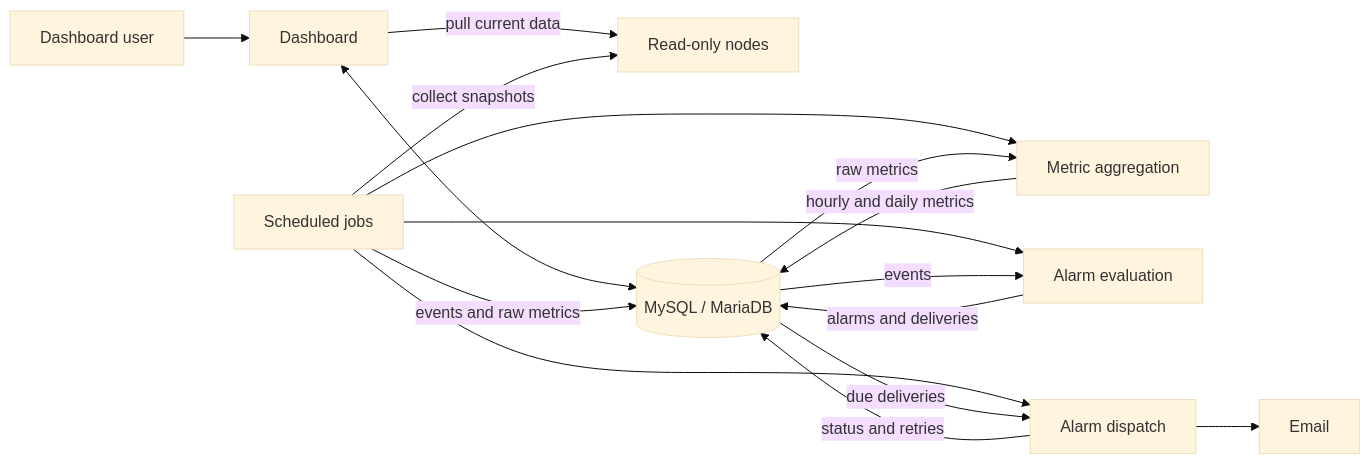
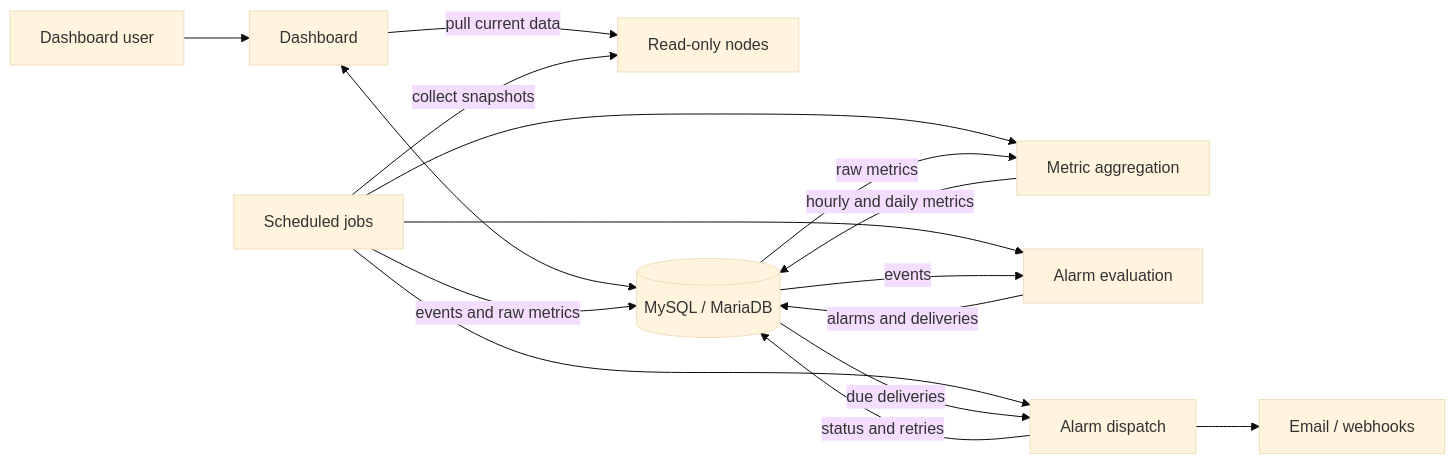
The diagram in README.md (mata-sh/mata-dashboard), drawn with Mermaid (base theme) before and after one commit. The commit also changed other lines of this file and 22 other files, not shown here.

````diff
--- a/README.md
+++ b/README.md
@@ -30,21 +31,21 @@
 ```mermaid
 flowchart LR
     Browser[Dashboard user] --> Dashboard[Dashboard]
     Dashboard -->|pull current data| Node[Read-only nodes]
     Dashboard <--> DB[(MySQL / MariaDB)]
 
     Jobs[Scheduled jobs] -->|collect snapshots| Node
     Jobs -->|events and raw metrics| DB
     Jobs --> Aggregate[Metric aggregation]
     DB -->|raw metrics| Aggregate
     Aggregate -->|hourly and daily metrics| DB
 
     Jobs --> Evaluate[Alarm evaluation]
     DB -->|events| Evaluate
     Evaluate -->|alarms and deliveries| DB
 
     Jobs --> Dispatch[Alarm dispatch]
     DB -->|due deliveries| Dispatch
-    Dispatch --> Email[Email]
+    Dispatch --> Channels[Email / webhooks]
     Dispatch -->|status and retries| DB
 ```
````
